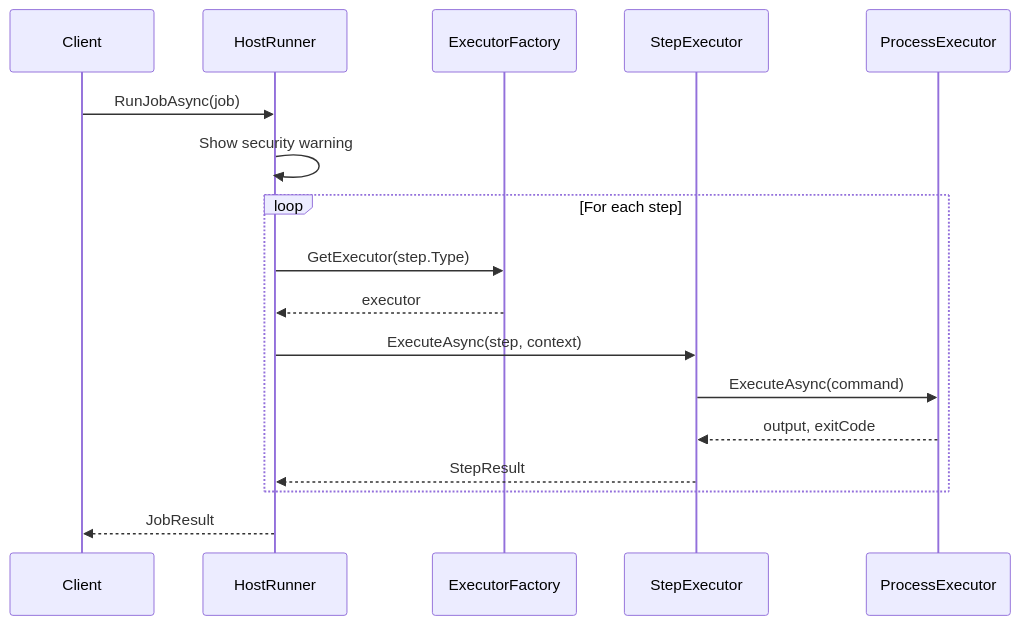
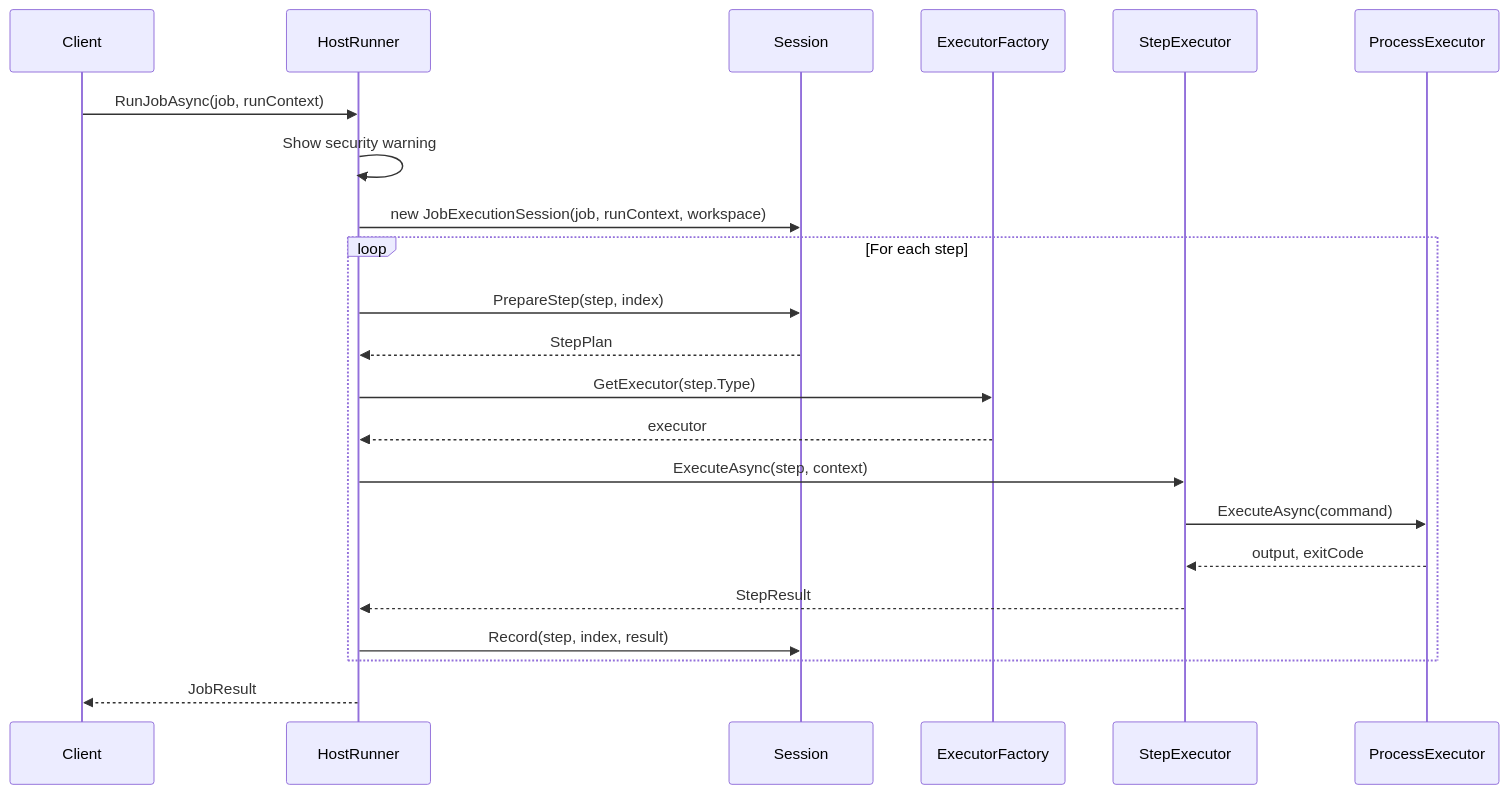
One commit to AdamWyatt34/PDK changed the third of 4 diagrams in docs/developers/architecture/runners.md. Above: the diagram before and after it, drawn with Mermaid. The commit also changed other lines of this file and 13 other files, not shown here.

````diff
--- a/docs/developers/architecture/runners.md
+++ b/docs/developers/architecture/runners.md
@@ -213,22 +230,27 @@
 ```mermaid
 sequenceDiagram
     participant Client
     participant HostRunner
+    participant Session
     participant ExecutorFactory
     participant StepExecutor
     participant ProcessExecutor
 
-    Client->>HostRunner: RunJobAsync(job)
+    Client->>HostRunner: RunJobAsync(job, runContext)
     HostRunner->>HostRunner: Show security warning
+    HostRunner->>Session: new JobExecutionSession(job, runContext, workspace)
 
     loop For each step
+        HostRunner->>Session: PrepareStep(step, index)
+        Session-->>HostRunner: StepPlan
         HostRunner->>ExecutorFactory: GetExecutor(step.Type)
         ExecutorFactory-->>HostRunner: executor
         HostRunner->>StepExecutor: ExecuteAsync(step, context)
         StepExecutor->>ProcessExecutor: ExecuteAsync(command)
         ProcessExecutor-->>StepExecutor: output, exitCode
         StepExecutor-->>HostRunner: StepResult
+        HostRunner->>Session: Record(step, index, result)
     end
 
     HostRunner-->>Client: JobResult
 ```
````
